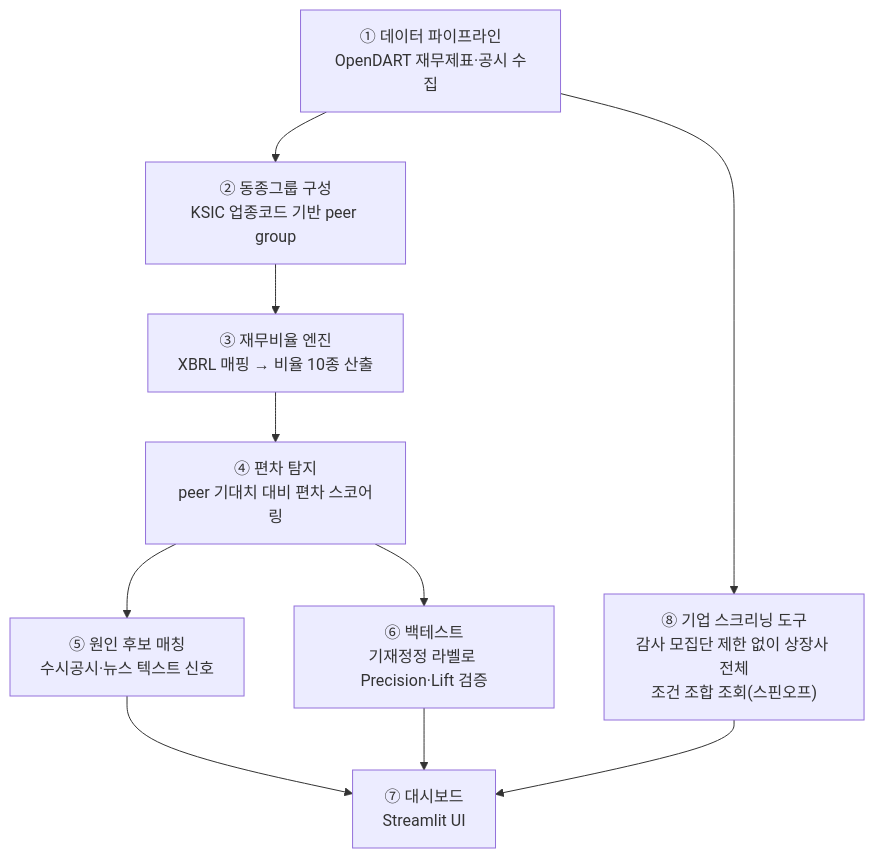
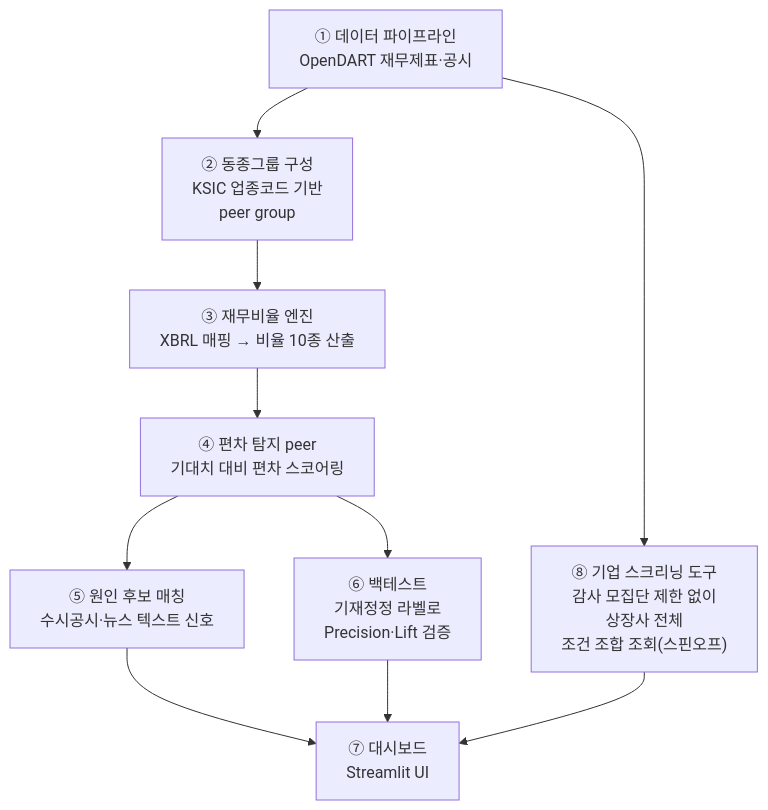
Before and after one commit to lkwon16/auto_analytics: the first of 3 diagrams in README.md, drawn with Mermaid. The commit also changed other lines of this file, not shown here.

First line of the commit message:
README mermaid 다이어그램을 Notion에서 수정한 라벨 줄바꿈으로 동기화

````diff
--- a/README.md
+++ b/README.md
@@ -35,21 +35,24 @@
 ```mermaid
 flowchart TD
     A["① 데이터 파이프라인
-OpenDART 재무제표·공시 수집"] --> B["② 동종그룹 구성
-KSIC 업종코드 기반 peer group"]
+OpenDART 재무제표·공시"] --> B["② 동종그룹 구성
+KSIC 업종코드 기반 
+peer group"]
     B --> C["③ 재무비율 엔진
 XBRL 매핑 → 비율 10종 산출"]
-    C --> D["④ 편차 탐지
-peer 기대치 대비 편차 스코어링"]
+    C --> D["④ 편차 탐지 peer 
+    기대치 대비 편차 스코어링"]
     D --> E["⑤ 원인 후보 매칭
 수시공시·뉴스 텍스트 신호"]
     D --> F["⑥ 백테스트
-기재정정 라벨로 Precision·Lift 검증"]
+기재정정 라벨로 
+Precision·Lift 검증"]
     E --> G["⑦ 대시보드
 Streamlit UI"]
     F --> G
     A --> H["⑧ 기업 스크리닝 도구
-감사 모집단 제한 없이 상장사 전체
+감사 모집단 제한 없이 
+상장사 전체
 조건 조합 조회(스핀오프)"]
     H --> G
 ```
````
